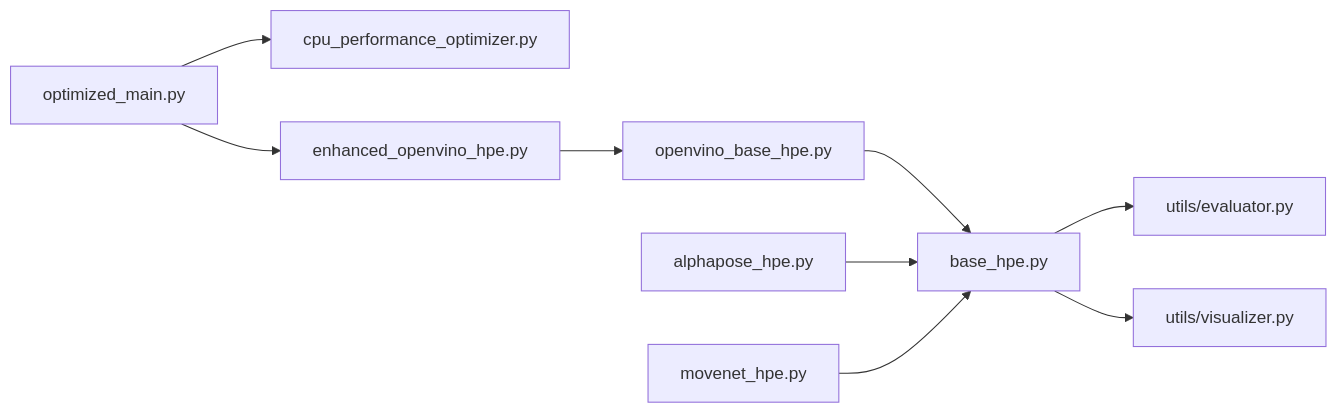
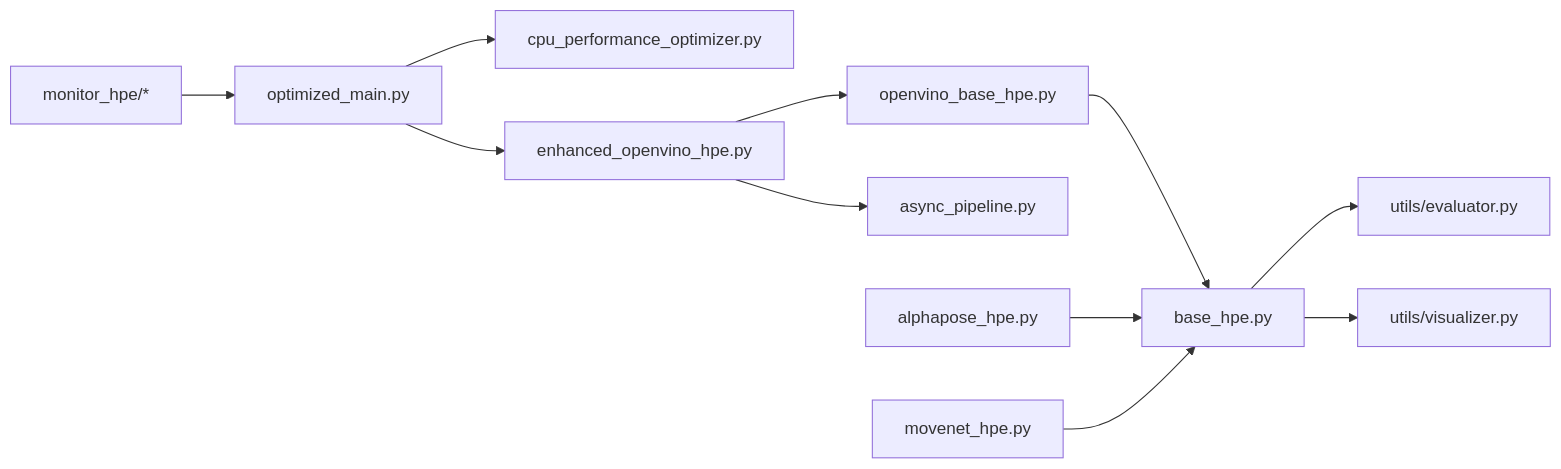
One commit to Fogus-Gr/MeasurementsDTs changed the tenth of 10 diagrams in .qoder/repowiki/en/content/Performance Optimization/Model Optimization.md. Above: the diagram before and after it, drawn with Mermaid. The commit also changed other lines of this file and 14 other files, not shown here.

````diff
--- a/.qoder/repowiki/en/content/Performance Optimization/Model Optimization.md
+++ b/.qoder/repowiki/en/content/Performance Optimization/Model Optimization.md
@@ -347,11 +440,13 @@
 ```mermaid
 graph LR
 OM["optimized_main.py"] --> CPU["cpu_performance_optimizer.py"]
 OM --> EOH["enhanced_openvino_hpe.py"]
 EOH --> OV["openvino_base_hpe.py"]
+EOH --> API["async_pipeline.py"]
 OV --> BH["base_hpe.py"]
 AP["alphapose_hpe.py"] --> BH
 MN["movenet_hpe.py"] --> BH
 BH --> EV["utils/evaluator.py"]
 BH --> VL["utils/visualizer.py"]
+MON["monitor_hpe/*"] --> OM
 ```
````
